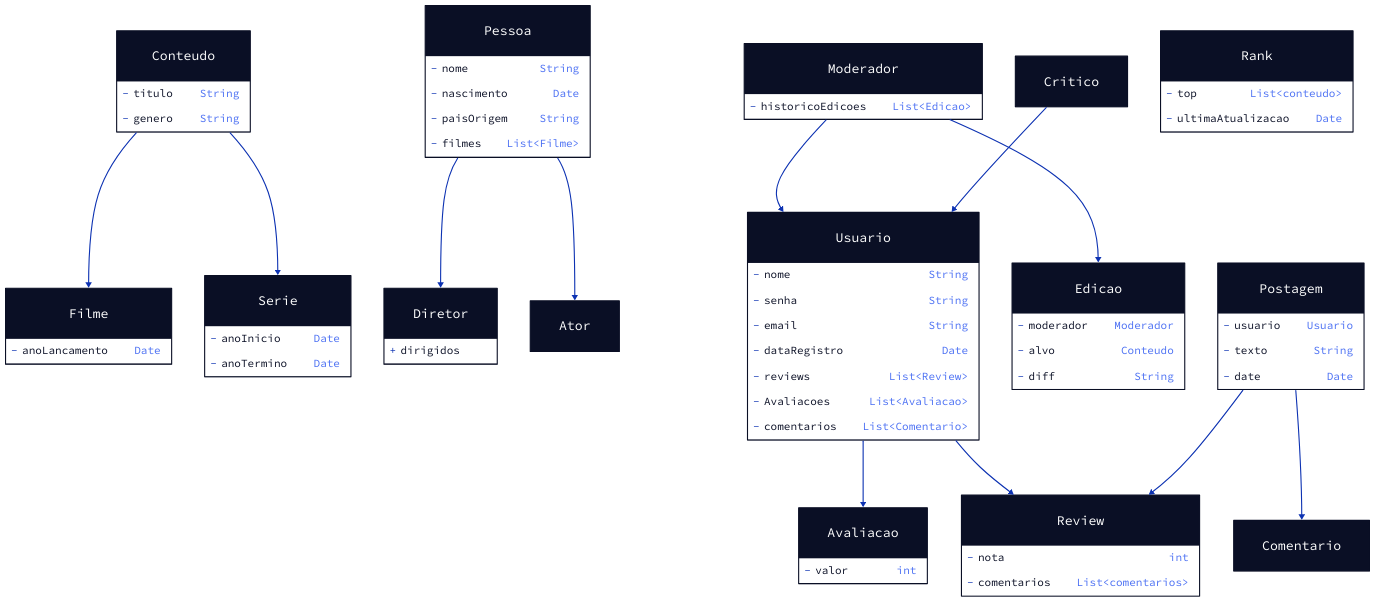
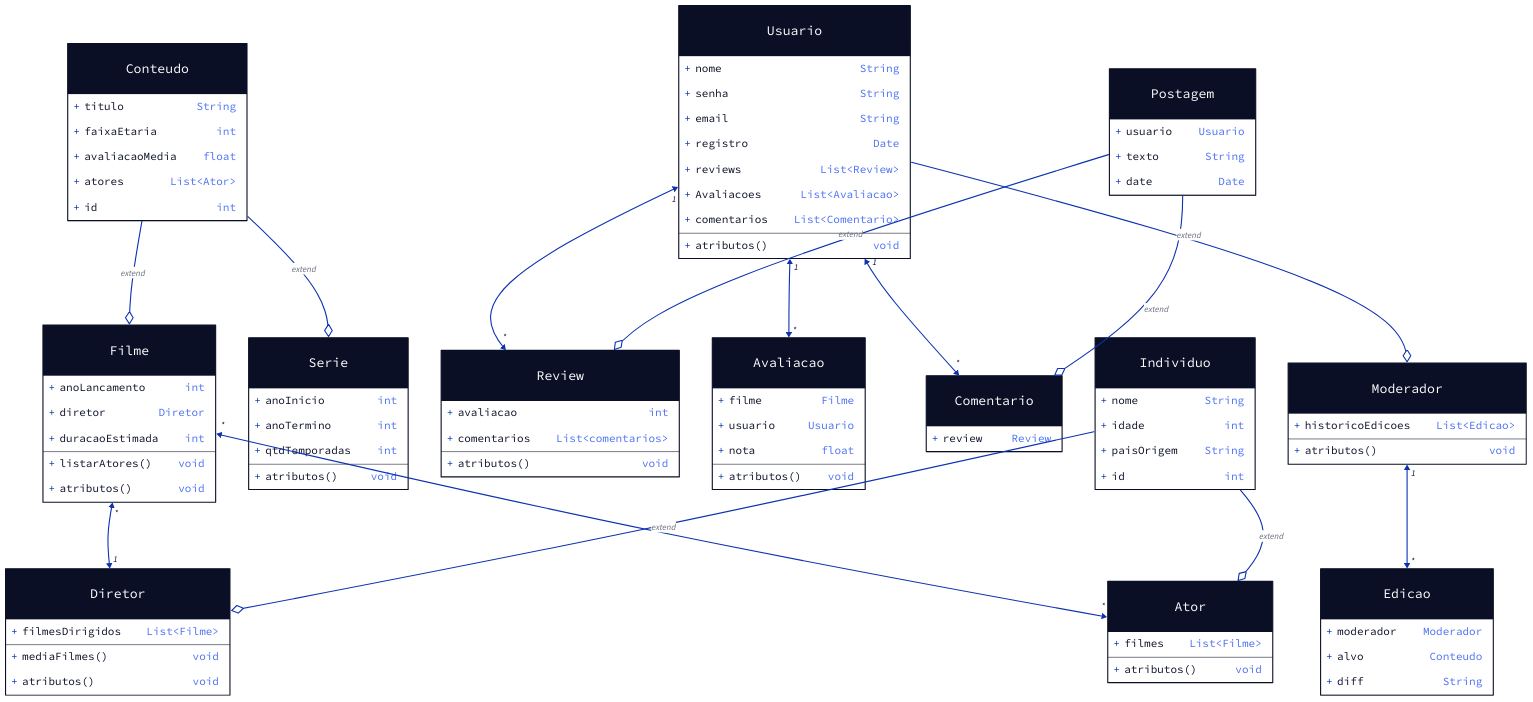
One commit to Raphael-Braian/POO-2---Projeto-FilmeHub changed the diagram in DiagramaDeClasses.d2. Above: the diagram before and after it, drawn with D2. The commit also changed 1 other file, not shown here.

Commit message:
Atualizar Diagrama e Documentação

```diff
--- a/DiagramaDeClasses.d2
+++ b/DiagramaDeClasses.d2
@@ -1,106 +1,165 @@
+Conteudo -> Filme: extend {
+    target-arrowhead {
+        shape: diamond
+    }
+}
+Conteudo -> Serie: extend {
+    target-arrowhead {
+        shape: diamond
+    }
+}  
+Filme <-> Diretor {
+    source-arrowhead: * 
+    target-arrowhead: 1 
+}
+Filme <-> Ator {
+        source-arrowhead: *
+        target-arrowhead: *
+}  
+Usuario <-> Review {
+        source-arrowhead: 1
+        target-arrowhead: *
+}
+Usuario <-> Avaliacao {
+        source-arrowhead: 1
+        target-arrowhead: *
+}
+Usuario <-> Comentario {
+        source-arrowhead: 1
+        target-arrowhead: *
+}
+Moderador <-> Edicao {
+        source-arrowhead: 1
+        target-arrowhead: *
+}
+Individuo -> Ator: extend {
+    target-arrowhead {
+        shape: diamond
+    }
+} 
+Individuo -> Diretor: extend {
+    target-arrowhead {
+        shape: diamond
+    }
+} 
+Postagem -> Review: extend {
+    target-arrowhead {
+        shape: diamond
+    }
+}
+Postagem -> Comentario: extend {
+    target-arrowhead {
+        shape: diamond
+    }
+}
+Usuario -> Moderador: extend {
+    target-arrowhead {
+        shape: diamond
+    }
+}
+
 Filme {
     shape: class
-    -anoLancamento: Date
+    +anoLancamento: int
+    +diretor: Diretor
+    +duracaoEstimada: int
+
+    +listarAtores(): void
+    +atributos(): void
 }
 
 Serie {
     shape: class
-    -anoInicio: Date
-    -anoTermino: Date
+    +anoInicio: int
+    +anoTermino: int
+    +qtdTemporadas: int
+
+    +atributos(): void
 }
 
 Conteudo {
     shape: class
-    -titulo: String
-    -genero: String
+    +titulo: String
+    +faixaEtaria: int
+    +avaliacaoMedia: float
+    +atores: List<Ator>
+    +id: int
 }
 
-Conteudo -> Filme
-Conteudo -> Serie  
-
-Pessoa {
+Individuo {
     shape: class
-    -nome: String
-    -nascimento: Date
-    -paisOrigem: String
-    -filmes: List<Filme>
+    +nome: String
+    +idade: int
+    +paisOrigem: String
+    +id: int
 }
 
 Diretor {
     shape: class
-    dirigidos
+    +filmesDirigidos: List<Filme>
+
+    +mediaFilmes(): void
+    +atributos(): void
 }
 
 Ator {
     shape: class
+    +filmes: List<Filme>
+    +atributos(): void
 }
-
-Pessoa -> Ator 
-Pessoa -> Diretor 
-
 
 Usuario {
     shape: class
-    -nome: String
-    -senha: String
-    -email: String
-    -dataRegistro: Date
-    -reviews: List<Review>
-    -Avaliacoes: List<Avaliacao>
-    -comentarios: List<Comentario>
+    +nome: String
+    +senha: String
+    +email: String
+    +registro: Date
+    +reviews: List<Review>
+    +Avaliacoes: List<Avaliacao>
+    +comentarios: List<Comentario>
+
+    +atributos(): void
 }
-
-Usuario -> Avaliacao
-Usuario -> Review
 
 Avaliacao {
     shape: class
-    -valor: int
+    +filme: Filme
+    +usuario: Usuario
+    +nota: float
+
+    +atributos(): void
 }
 
 Moderador {
     shape: class
-    -historicoEdicoes: List<Edicao>
-}
+    +historicoEdicoes: List<Edicao>
 
-Critico {
-    shape: class
+    +atributos(): void
 }
 
 Edicao {
     shape: class
-    -moderador: Moderador
-    -alvo: Conteudo
-    -diff: String
+    +moderador: Moderador
+    +alvo: Conteudo
+    +diff: String
 }
 
 Postagem {
     shape: class
-    -usuario: Usuario
-    -texto: String
-    -date: Date
+    +usuario: Usuario
+    +texto: String
+    +date: Date
 }
 
 Review {
     shape: class
-    -nota: int
-    -comentarios: List<comentarios>
+    +avaliacao: int
+    +comentarios: List<comentarios>
+
+    +atributos(): void
 }
 
 Comentario {
     shape: class
+    +review: Review
 }
-
-Postagem -> Review
-Postagem -> Comentario
-
-Moderador -> Usuario
-Critico -> Usuario
-
-Moderador -> Edicao
-
-Rank {
-    shape: class
-    -top: List<conteudo>
-    -ultimaAtualizacao: Date
-}
```
